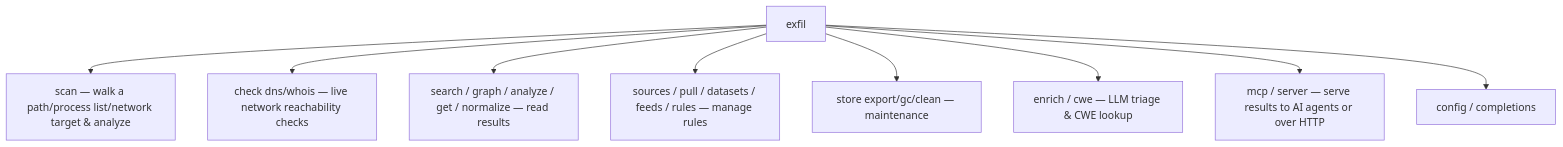
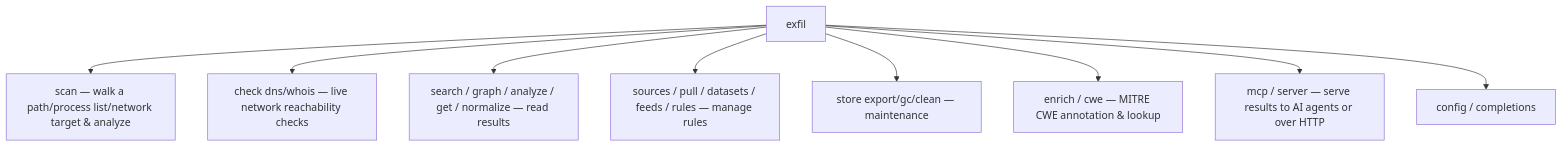
Before and after one commit to rangertaha/exfil: the first of 2 diagrams in docs/src/architecture/cli.md, drawn with Mermaid. The commit also changed other lines of this file and 45 other files, not shown here.

````diff
--- a/docs/src/architecture/cli.md
+++ b/docs/src/architecture/cli.md
@@ -21,11 +21,11 @@
 ```mermaid
 flowchart TD
     EXF["exfil"] --> SCAN["scan — walk a path/process list/network target & analyze"]
     EXF --> CHECK["check dns/whois — live network reachability checks"]
     EXF --> QUERY["search / graph / analyze / get / normalize — read results"]
     EXF --> DATA["sources / pull / datasets / feeds / rules — manage rules"]
     EXF --> MAINT["store export/gc/clean — maintenance"]
-    EXF --> ENR["enrich / cwe — LLM triage & CWE lookup"]
+    EXF --> ENR["enrich / cwe — MITRE CWE annotation & lookup"]
     EXF --> SERVE["mcp / server — serve results to AI agents or over HTTP"]
     EXF --> MISC["config / completions"]
 ```
````
